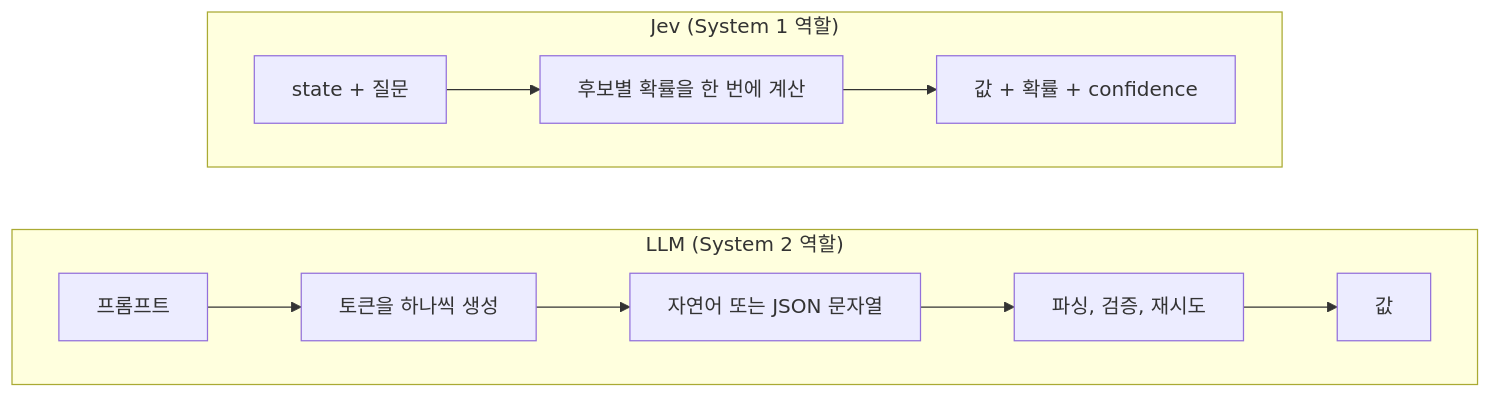
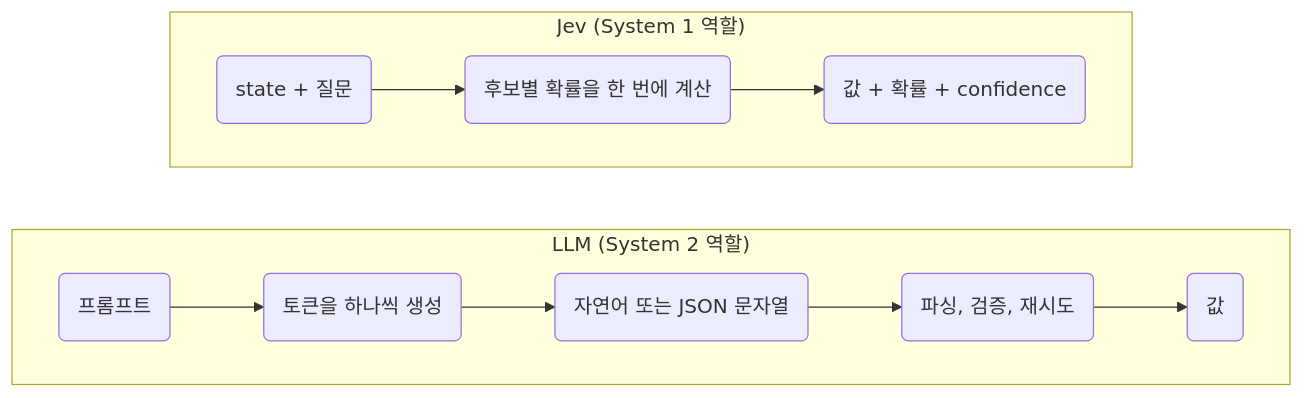
The diagram in docs/trends/posts/2026-10-18-jev-overview.md (seujung/ai-research), drawn with Mermaid before and after one commit. The commit also changed 176 other files, not shown here.

````diff
--- a/docs/trends/posts/2026-10-18-jev-overview.md
+++ b/docs/trends/posts/2026-10-18-jev-overview.md
@@ -46,11 +46,11 @@
 ```mermaid
 flowchart LR
     subgraph LLM["LLM (System 2 역할)"]
         direction LR
-        P1["프롬프트"] --> G["토큰을 하나씩 생성"] --> T["자연어 또는 JSON 문자열"] --> PARSE["파싱, 검증, 재시도"] --> V1["값"]
+        P1("프롬프트") --> G("토큰을 하나씩 생성") --> T("자연어 또는 JSON 문자열") --> PARSE("파싱, 검증, 재시도") --> V1("값")
     end
     subgraph JEV["Jev (System 1 역할)"]
         direction LR
-        S["state + 질문"] --> D["후보별 확률을 한 번에 계산"] --> V2["값 + 확률 + confidence"]
+        S("state + 질문") --> D("후보별 확률을 한 번에 계산") --> V2("값 + 확률 + confidence")
     end
 ```
````
